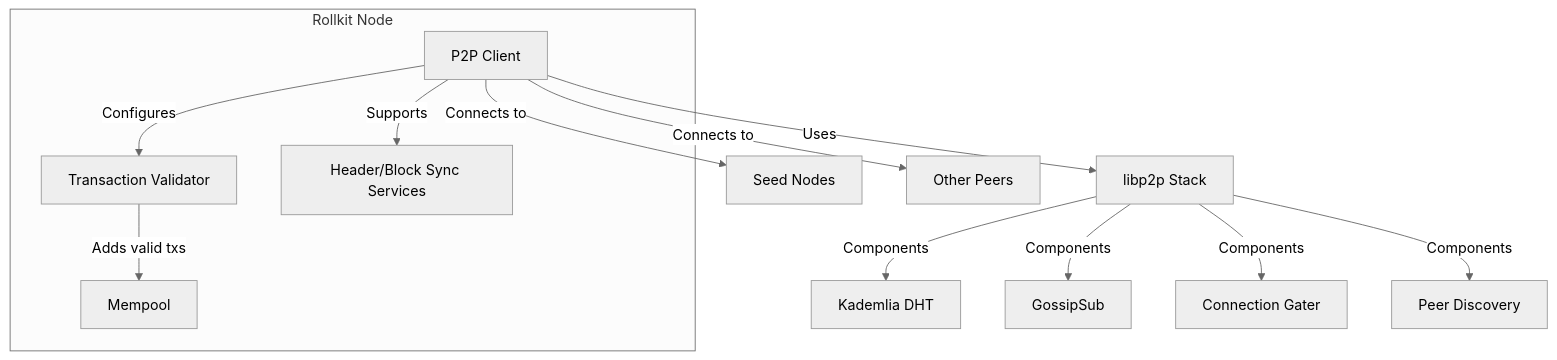
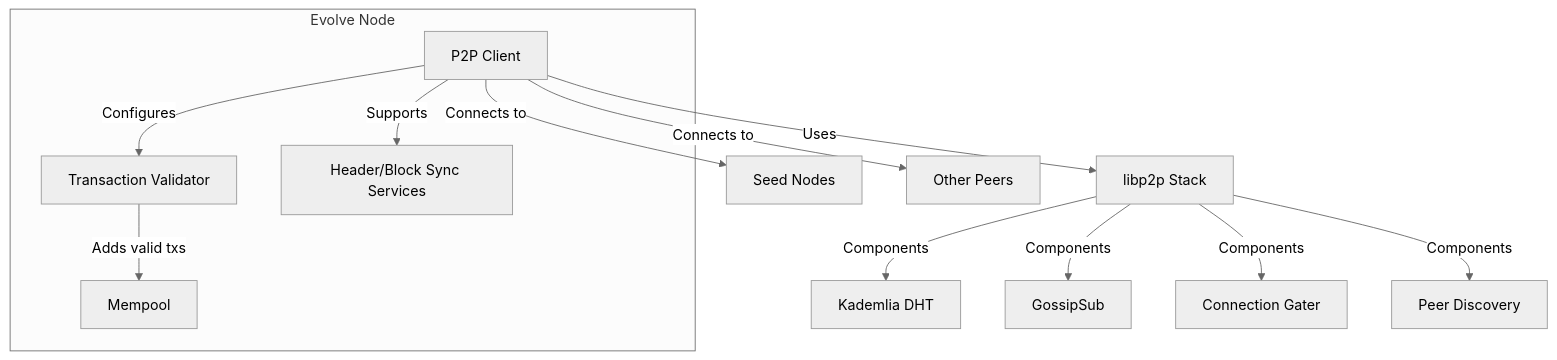
One commit to evstack/ev-node changed the first of 3 diagrams in pkg/p2p/README.md. Above: the diagram before and after it, drawn with Mermaid (neutral theme). The commit also changed other lines of this file and 77 other files, not shown here.

````diff
--- a/pkg/p2p/README.md
+++ b/pkg/p2p/README.md
@@ -16,22 +16,22 @@
 ```mermaid
 graph TB
-    subgraph "Rollkit Node"
+    subgraph "Evolve Node"
         P2PClient["P2P Client"]
         TxValidator["Transaction Validator"]
         Mempool["Mempool"]
         SyncServices["Header/Block Sync Services"]
     end
 
     P2PClient -- "Uses" --> Libp2p["libp2p Stack"]
     Libp2p -- "Components" --> DHT["Kademlia DHT"]
     Libp2p -- "Components" --> PubSub["GossipSub"]
     Libp2p -- "Components" --> ConnGater["Connection Gater"]
     Libp2p -- "Components" --> PeerDiscovery["Peer Discovery"]
 
     P2PClient -- "Configures" --> TxValidator
     TxValidator -- "Adds valid txs" --> Mempool
     P2PClient -- "Supports" --> SyncServices
 
     P2PClient -- "Connects to" --> SeedNodes["Seed Nodes"]
     P2PClient -- "Connects to" --> OtherPeers["Other Peers"]
 ```
````
